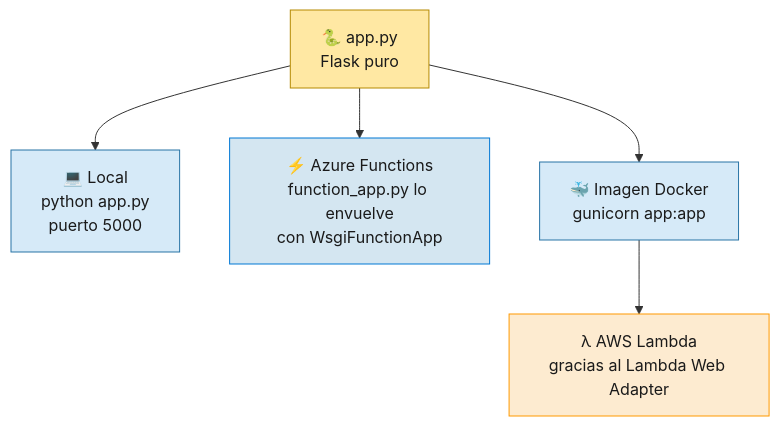
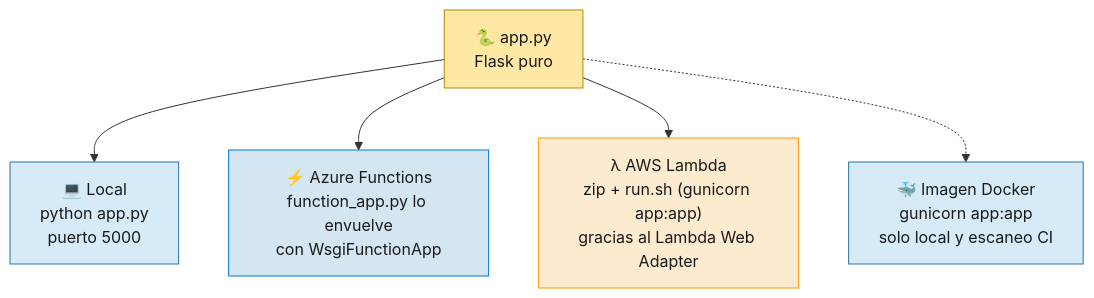
Before and after one commit to yembertQC/Reto_Platform-Enginner_ED-Team: the first of 3 diagrams in doc/03-Aplicaciones.md, drawn with Mermaid. The commit also changed other lines of this file and 28 other files, not shown here.

````diff
--- a/doc/03-Aplicaciones.md
+++ b/doc/03-Aplicaciones.md
@@ -33,18 +34,18 @@
 ```mermaid
 flowchart TB
     APP["🐍 app.py<br/>Flask puro"]
 
     APP --> LOCAL["💻 Local<br/>python app.py<br/>puerto 5000"]
     APP --> FUNC["⚡ Azure Functions<br/>function_app.py lo envuelve<br/>con WsgiFunctionApp"]
-    APP --> DOCKER["🐳 Imagen Docker<br/>gunicorn app:app"]
-    DOCKER --> LAMBDA["λ AWS Lambda<br/>gracias al Lambda Web Adapter"]
+    APP --> LAMBDA["λ AWS Lambda<br/>zip + run.sh (gunicorn app:app)<br/>gracias al Lambda Web Adapter"]
+    APP -.-> DOCKER["🐳 Imagen Docker<br/>gunicorn app:app<br/>solo local y escaneo CI"]
 
     classDef core fill:#FFE8A3,stroke:#B58900,color:#1a1a1a
     classDef run fill:#D6EAF8,stroke:#2874A6,color:#1a1a1a
     classDef azure fill:#D4E6F1,stroke:#0078D4,color:#1a1a1a
     classDef aws fill:#FDEBD0,stroke:#FF9900,color:#1a1a1a
     class APP core
     class LOCAL,DOCKER run
     class FUNC azure
     class LAMBDA aws
 ```
````
